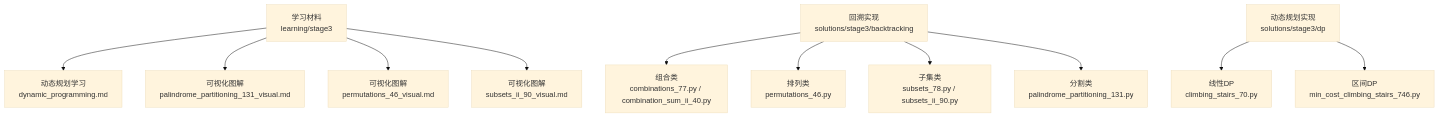
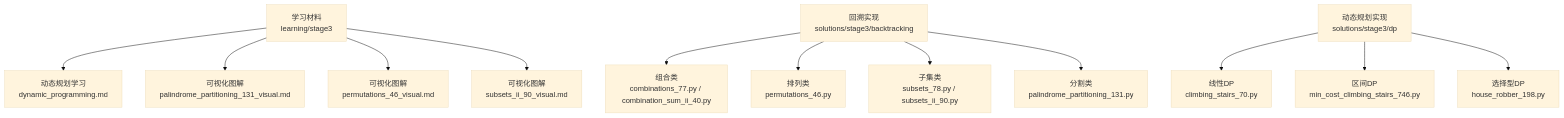
Before and after one commit to jameingh/x-leetcode: the first of 11 diagrams in .qoder/repowiki/zh/content/学习路径指南/第三阶段：高级算法学习指南/第三阶段：高级算法学习指南.md, drawn with Mermaid (base theme). The commit also changed other lines of this file and 33 other files, not shown here.

````diff
--- a/.qoder/repowiki/zh/content/学习路径指南/第三阶段：高级算法学习指南/第三阶段：高级算法学习指南.md
+++ b/.qoder/repowiki/zh/content/学习路径指南/第三阶段：高级算法学习指南/第三阶段：高级算法学习指南.md
@@ -48,13 +50,14 @@
 ```mermaid
 graph TB
 A["学习材料<br/>learning/stage3"] --> B["动态规划学习<br/>dynamic_programming.md"]
 A --> C["可视化图解<br/>palindrome_partitioning_131_visual.md"]
 A --> D["可视化图解<br/>permutations_46_visual.md"]
 A --> E["可视化图解<br/>subsets_ii_90_visual.md"]
 F["回溯实现<br/>solutions/stage3/backtracking"] --> G["组合类<br/>combinations_77.py / combination_sum_ii_40.py"]
 F --> H["排列类<br/>permutations_46.py"]
 F --> I["子集类<br/>subsets_78.py / subsets_ii_90.py"]
 F --> J["分割类<br/>palindrome_partitioning_131.py"]
 K["动态规划实现<br/>solutions/stage3/dp"] --> L["线性DP<br/>climbing_stairs_70.py"]
 K --> M["区间DP<br/>min_cost_climbing_stairs_746.py"]
+K --> N["选择型DP<br/>house_robber_198.py"]
 ```
````
